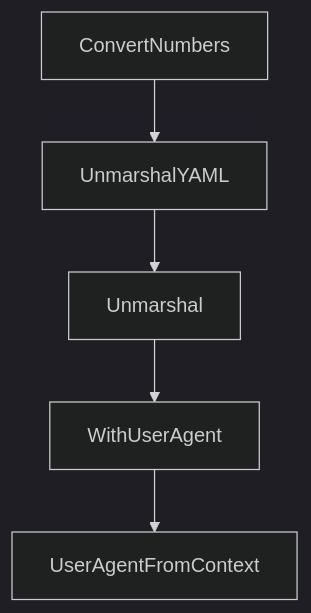
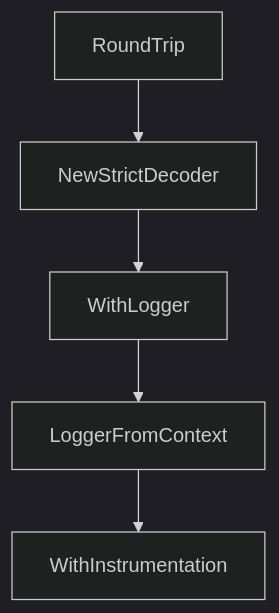
One commit to johnxie/awesome-code-docs changed the diagram in tutorials/genai-toolbox-tutorial/05-prebuilt-connectors-and-database-patterns.md. Above: the diagram before and after it, drawn with Mermaid (dark theme). The commit also changed other lines of this file and 1232 other files, not shown here.

````diff
--- a/tutorials/genai-toolbox-tutorial/05-prebuilt-connectors-and-database-patterns.md
+++ b/tutorials/genai-toolbox-tutorial/05-prebuilt-connectors-and-database-patterns.md
@@ -210,12 +208,12 @@
 ```mermaid
 flowchart TD
-    A[ConvertNumbers]
-    B[UnmarshalYAML]
-    C[Unmarshal]
-    D[WithUserAgent]
-    E[UserAgentFromContext]
+    A[RoundTrip]
+    B[NewStrictDecoder]
+    C[WithLogger]
+    D[LoggerFromContext]
+    E[WithInstrumentation]
     A --> B
     B --> C
     C --> D
     D --> E
 ```
````
